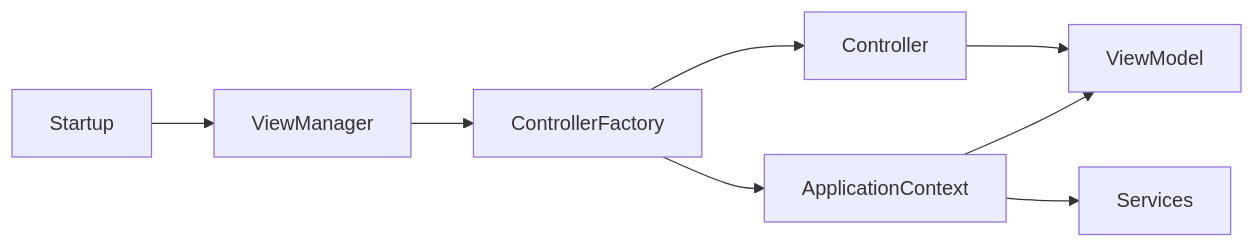
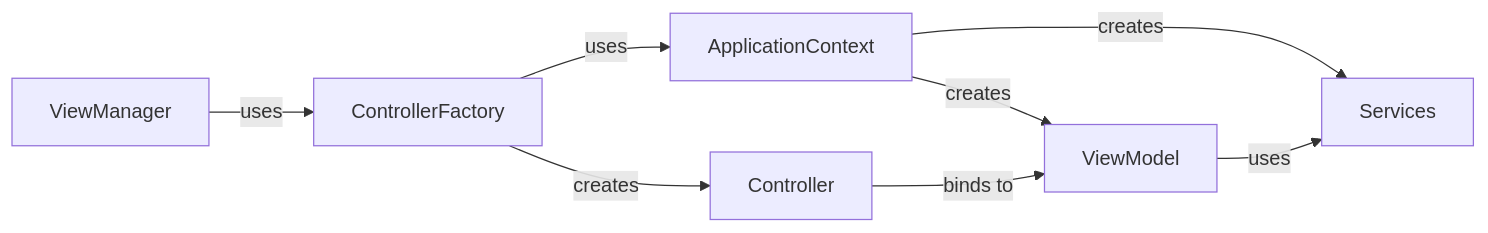
The diagram in Articles/SDT/Design Patterns/MVVM/009 Controller Factory and Application Context.md (TroelsMortensen/Codelabs2), drawn with Mermaid before and after one commit. The commit also changed other lines of this file and 9 other files, not shown here.

````diff
--- a/Articles/SDT/Design Patterns/MVVM/009 Controller Factory and Application Context.md
+++ b/Articles/SDT/Design Patterns/MVVM/009 Controller Factory and Application Context.md
@@ -34,18 +29,17 @@
 ```mermaid
 flowchart LR
-    startup[Startup]
     viewManager[ViewManager]
     controllerFactory[ControllerFactory]
     applicationContext[ApplicationContext]
     controller[Controller]
     viewModel[ViewModel]
     services[Services]
 
-    startup --> viewManager
-    viewManager --> controllerFactory
-    controllerFactory --> applicationContext
-    applicationContext --> viewModel
-    applicationContext --> services
-    controllerFactory --> controller
-    controller --> viewModel
+    viewManager -->|"uses"| controllerFactory
+    controllerFactory -->|"uses"| applicationContext
+    applicationContext -->|"creates"| viewModel
+    applicationContext -->|"creates"| services
+    controllerFactory -->|"creates"| controller
+    controller -->|"binds to"| viewModel
+    viewModel -->|"uses"| services
 ```
````
